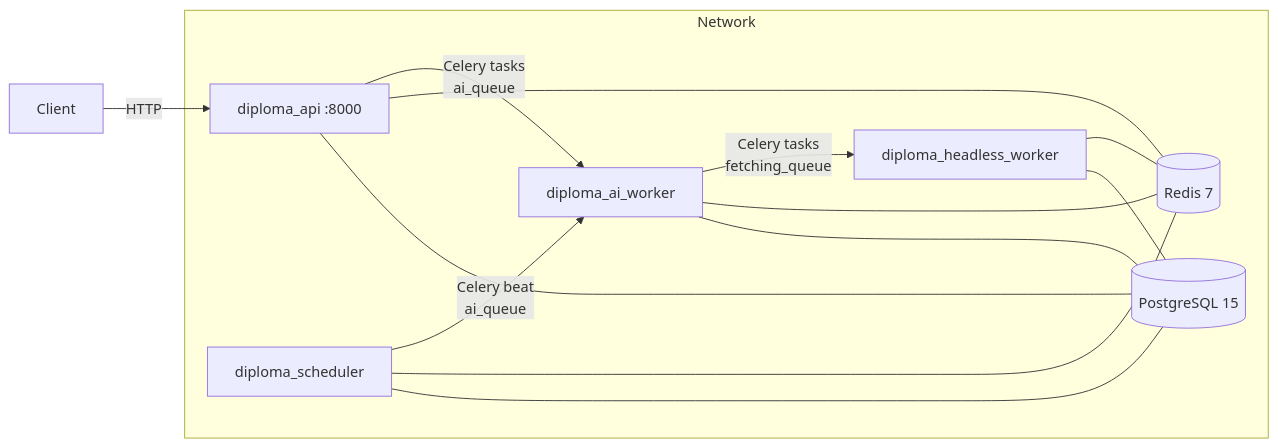
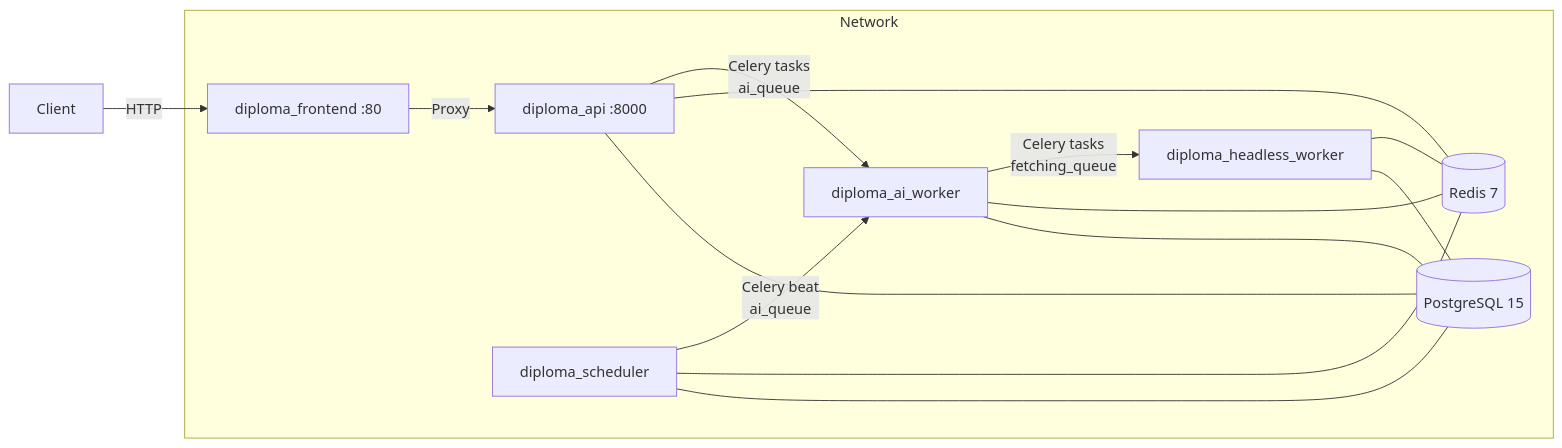
One commit to marchanyanehu/diploma_v1 changed the third of 3 diagrams in docs_old/ARCHITECTURE.md. Above: the diagram before and after it, drawn with Mermaid. The commit also changed other lines of this file and 5 other files, not shown here.

````diff
--- a/docs_old/ARCHITECTURE.md
+++ b/docs_old/ARCHITECTURE.md
@@ -182,26 +182,28 @@
 ```mermaid
 graph LR
   subgraph Network
+    Frontend[diploma_frontend :80]
     API[diploma_api :8000]
     HW[diploma_headless_worker]
     AI[diploma_ai_worker]
     SCHED[diploma_scheduler]
     REDIS[(Redis 7)]
     PG[(PostgreSQL 15)]
   end
 
-  Client -->|HTTP| API
+  Client -->|HTTP| Frontend
+  Frontend -->|Proxy| API
   API -->|Celery tasks\nai_queue| AI
   AI -->|Celery tasks\nfetching_queue| HW
   SCHED -->|Celery beat\nai_queue| AI
 
   API --- REDIS
   AI --- REDIS
   HW --- REDIS
   SCHED --- REDIS
 
   API --- PG
   AI --- PG
   HW --- PG
   SCHED --- PG
 ```
````
